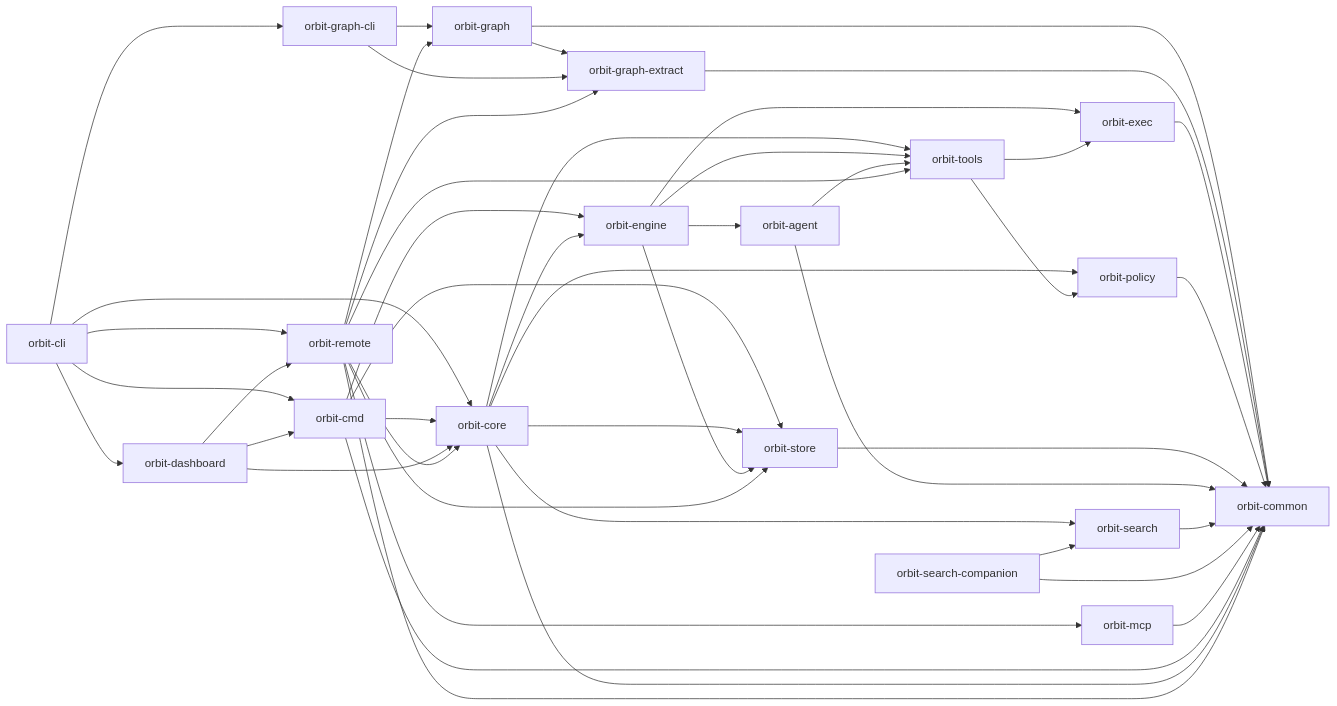
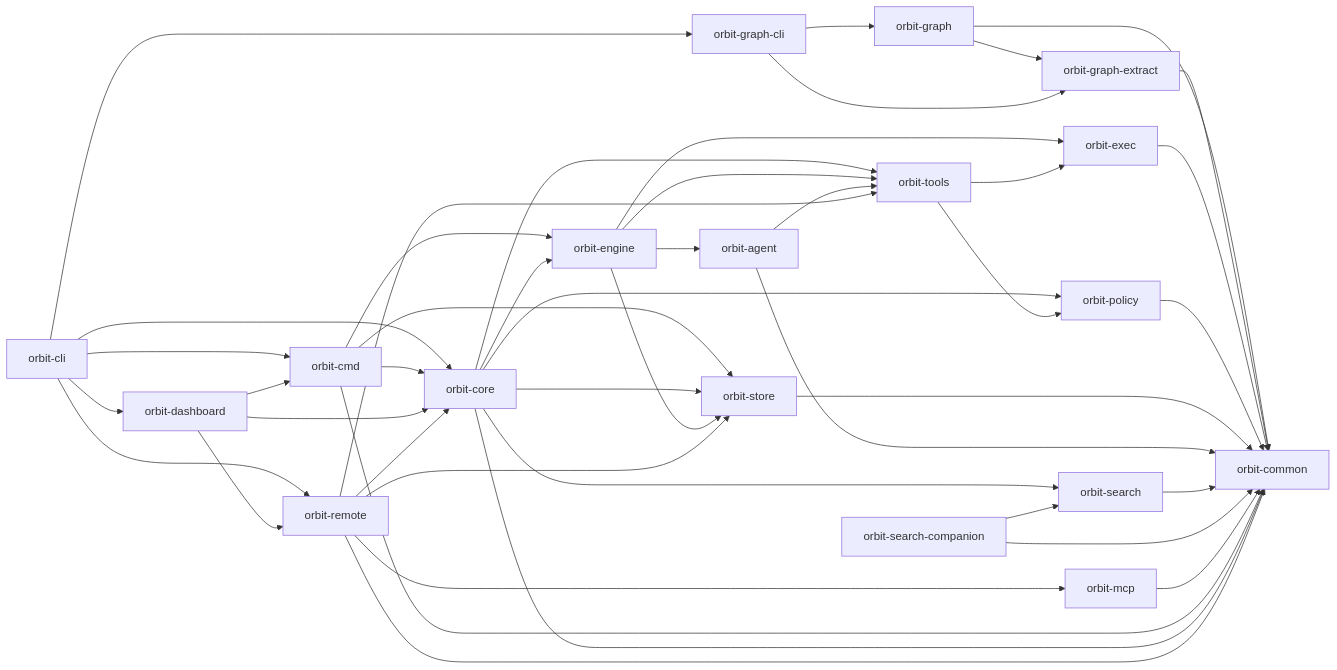
One commit to danieljhkim/orbit changed the diagram in ARCHITECTURE.md. Above: the diagram before and after it, drawn with Mermaid. The commit also changed other lines of this file and 66 other files, not shown here.

Commit message:
refactor: keep Orbit graph CLI-only [ORB-10325]

````diff
--- a/ARCHITECTURE.md
+++ b/ARCHITECTURE.md
@@ -5,48 +5,46 @@
 ```mermaid
 flowchart LR
   CLI["orbit-cli"] --> Core["orbit-core"]
   CLI --> Cmd["orbit-cmd"]
   CLI --> Remote["orbit-remote"]
   CLI --> GraphCli["orbit-graph-cli"]
   CLI --> Dashboard["orbit-dashboard"]
   Cmd --> Core
   Cmd --> Engine
   Cmd --> Store
   Core --> Engine["orbit-engine"]
   Core --> Store["orbit-store"]
   Core --> Tools["orbit-tools"]
   Core --> Search["orbit-search"]
   Core --> Policy["orbit-policy"]
   Engine --> Agent["orbit-agent"]
   Engine --> Store
   Engine --> Exec["orbit-exec"]
   Engine --> Tools
   Agent --> Tools
   Graph["orbit-graph"] --> GraphExtract["orbit-graph-extract"]
   Graph --> Common
   GraphExtract --> Common
   Tools --> Exec["orbit-exec"]
   Tools --> Policy
   Exec --> Common["orbit-common"]
   Policy --> Common
   Store --> Common
   Agent --> Common
   Search --> Common
   SearchCompanion["orbit-search-companion"] --> Search
   SearchCompanion --> Common
   GraphCli["orbit-graph-cli"] --> Graph
   GraphCli --> GraphExtract
   MCP --> Common
   Dashboard["orbit-dashboard"] --> Core
   Dashboard --> Cmd
   Cmd --> Common
   Core --> Common
   Remote --> Core
-  Remote --> Graph
-  Remote --> GraphExtract
   Remote --> MCP["orbit-mcp"]
   Remote --> Store
   Remote --> Tools
   Remote --> Common
   Dashboard --> Remote
 ```
````
